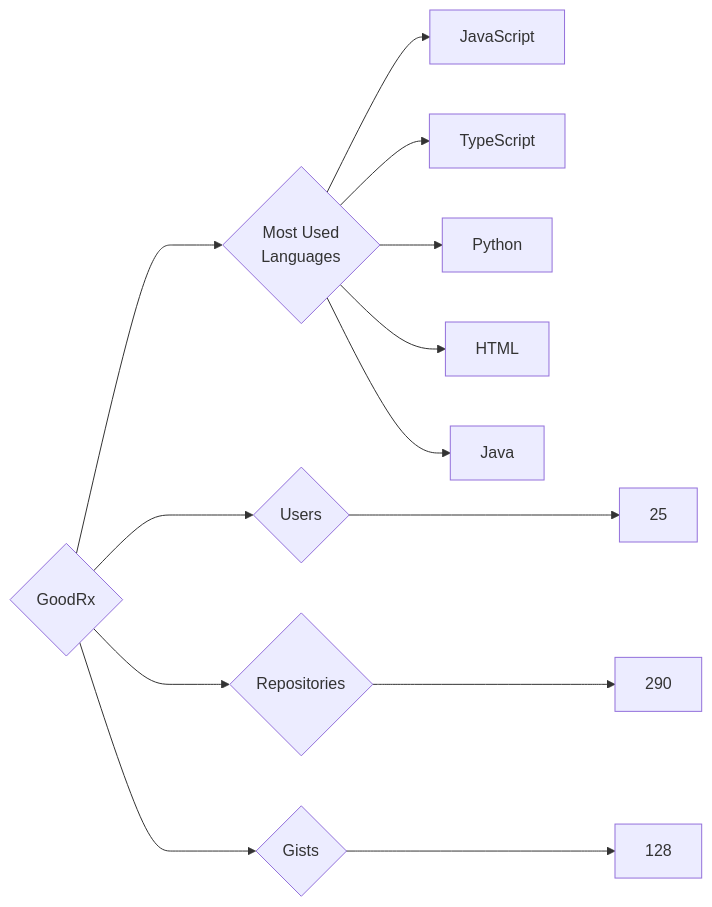
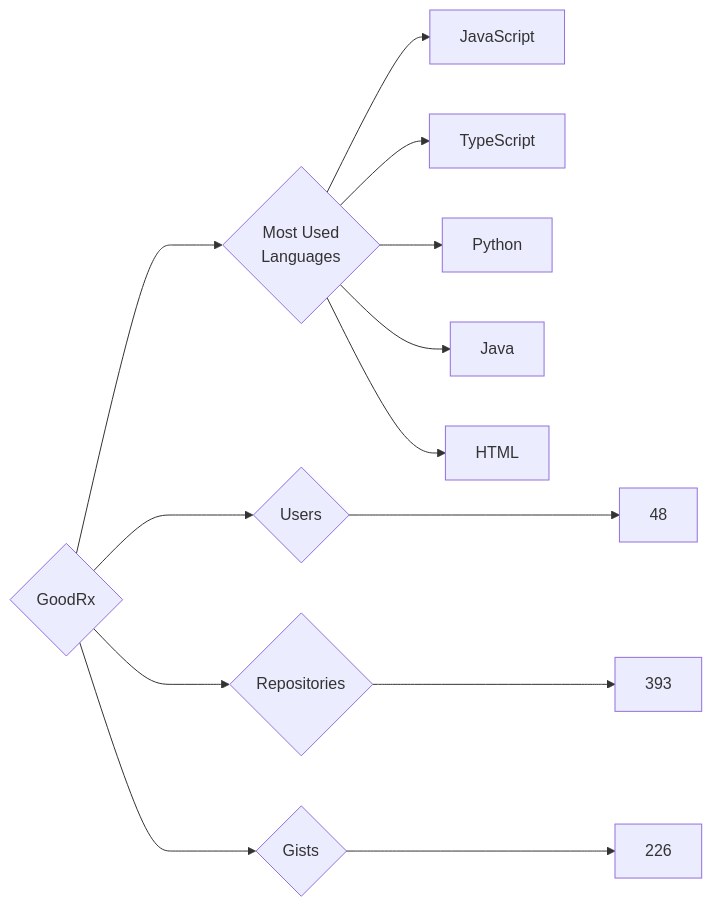
Before and after one commit to trickest/insiders: the diagram in targets/GoodRx/README.md, drawn with Mermaid. The commit also changed 610 other files, not shown here.

````diff
--- a/targets/GoodRx/README.md
+++ b/targets/GoodRx/README.md
@@ -3,13 +3,13 @@
 ```mermaid
 graph LR
 COMPANY_NAME{GoodRx}
-COMPANY_NAME ---> U{Users} ---> UN[25]
-COMPANY_NAME ---> R{Repositories} ---> RN[290]
-COMPANY_NAME ---> G{Gists} ---> GN[128]
+COMPANY_NAME ---> U{Users} ---> UN[48]
+COMPANY_NAME ---> R{Repositories} ---> RN[393]
+COMPANY_NAME ---> G{Gists} ---> GN[226]
 COMPANY_NAME ---> ML{Most Used<br>Languages}
 ML --> JavaScript[JavaScript]
 ML --> TypeScript[TypeScript]
 ML --> Python[Python]
+ML --> Java[Java]
 ML --> HTML[HTML]
-ML --> Java[Java]
 ```
````
